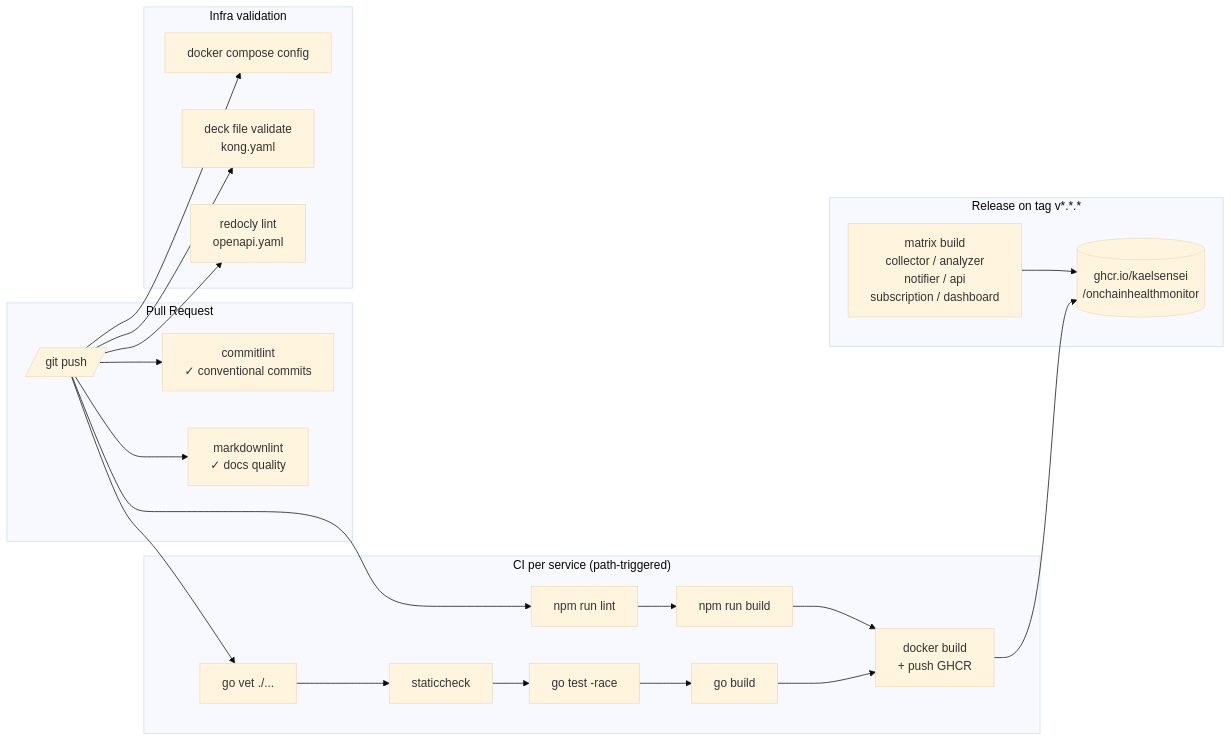
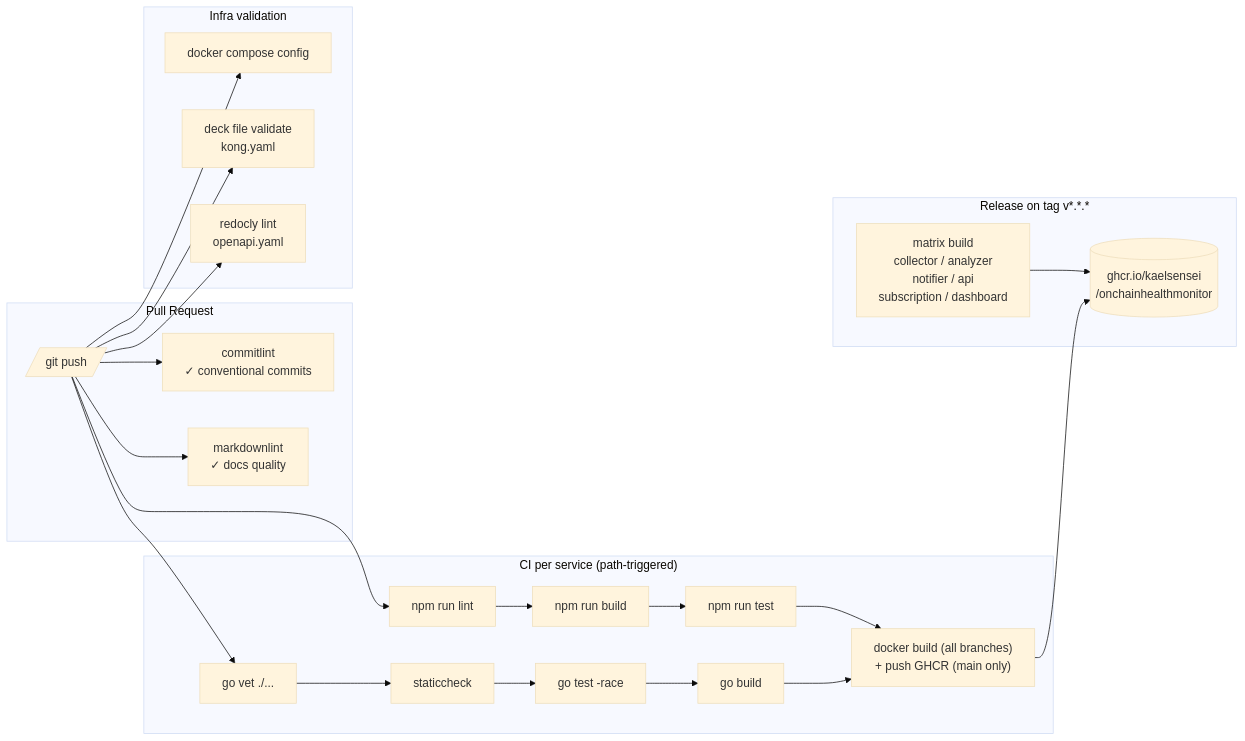
The third of 3 diagrams in README.md (KaelSensei/OnChainHealthMonitor), drawn with Mermaid (base theme) before and after one commit. The commit also changed other lines of this file and 6 other files, not shown here.

````diff
--- a/README.md
+++ b/README.md
@@ -349,39 +356,40 @@
 ```mermaid
 graph LR
     subgraph PR["Pull Request"]
         Commit[/"git push"/]
         CommitLint["commitlint\n✓ conventional commits"]
         MDLint["markdownlint\n✓ docs quality"]
     end
 
     subgraph CI["CI per service (path-triggered)"]
         Vet["go vet ./..."]
         Static["staticcheck"]
         Test["go test -race"]
         Build["go build"]
         NpmLint["npm run lint"]
         NpmBuild["npm run build"]
-        Docker["docker build\n+ push GHCR"]
+        NpmTest["npm run test"]
+        Docker["docker build (all branches)\n+ push GHCR (main only)"]
     end
 
     subgraph Infra["Infra validation"]
         Compose["docker compose config"]
         Kong["deck file validate\nkong.yaml"]
         OApi["redocly lint\nopenapi.yaml"]
     end
 
     subgraph Release["Release on tag v*.*.*"]
         Matrix["matrix build\ncollector / analyzer\nnotifier / api\nsubscription / dashboard"]
         GHCR[("ghcr.io/kaelsensei\n/onchainhealthmonitor")]
     end
 
     Commit --> CommitLint
     Commit --> MDLint
     Commit --> Vet --> Static --> Test --> Build --> Docker
-    Commit --> NpmLint --> NpmBuild --> Docker
+    Commit --> NpmLint --> NpmBuild --> NpmTest --> Docker
     Commit --> Compose
     Commit --> Kong
     Commit --> OApi
     Docker --> GHCR
     Matrix --> GHCR
 ```
````
